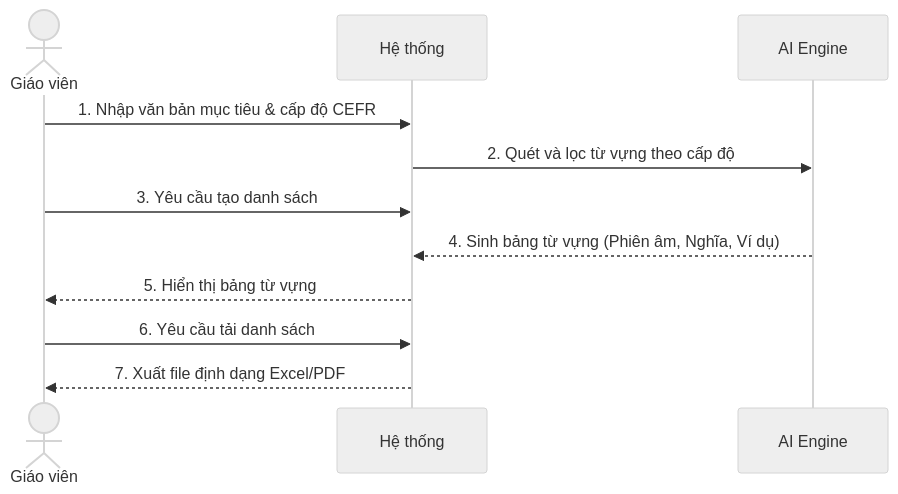
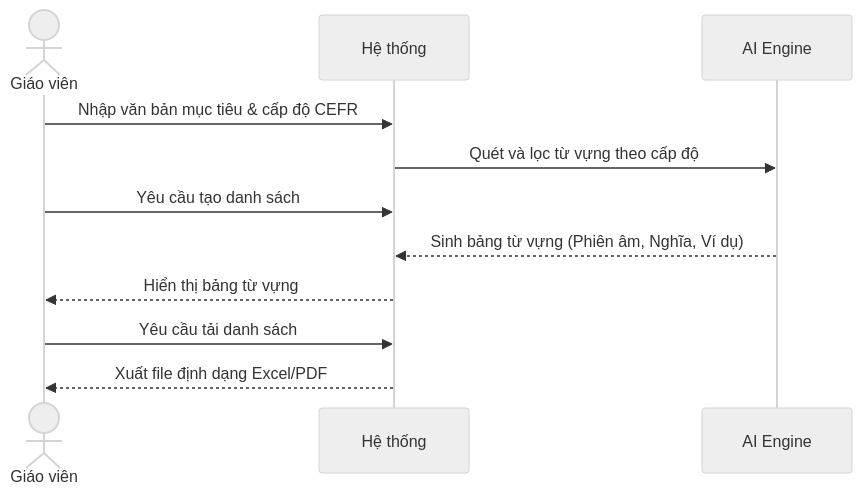
One commit to Cong-ty-TNNH-Q-Tech/Q-School changed the fourth of 4 diagrams in docs/nhom_1_soan_giang.md. Above: the diagram before and after it, drawn with Mermaid (neutral theme). The commit also changed other lines of this file and 5 other files, not shown here.

Commit message:
docs: refine sequence diagrams logical flow and remove step numbers

````diff
--- a/docs/nhom_1_soan_giang.md
+++ b/docs/nhom_1_soan_giang.md
@@ -122,14 +121,14 @@
 ```mermaid
 sequenceDiagram
     actor GV as Giáo viên
     participant HT as Hệ thống
     participant AI as AI Engine
 
-    GV->>HT: 1. Nhập văn bản mục tiêu & cấp độ CEFR
-    HT->>AI: 2. Quét và lọc từ vựng theo cấp độ
-    GV->>HT: 3. Yêu cầu tạo danh sách
-    AI-->>HT: 4. Sinh bảng từ vựng (Phiên âm, Nghĩa, Ví dụ)
-    HT-->>GV: 5. Hiển thị bảng từ vựng
-    GV->>HT: 6. Yêu cầu tải danh sách
-    HT-->>GV: 7. Xuất file định dạng Excel/PDF
+    GV->>HT: Nhập văn bản mục tiêu & cấp độ CEFR
+    HT->>AI: Quét và lọc từ vựng theo cấp độ
+    GV->>HT: Yêu cầu tạo danh sách
+    AI-->>HT: Sinh bảng từ vựng (Phiên âm, Nghĩa, Ví dụ)
+    HT-->>GV: Hiển thị bảng từ vựng
+    GV->>HT: Yêu cầu tải danh sách
+    HT-->>GV: Xuất file định dạng Excel/PDF
 ```
````
